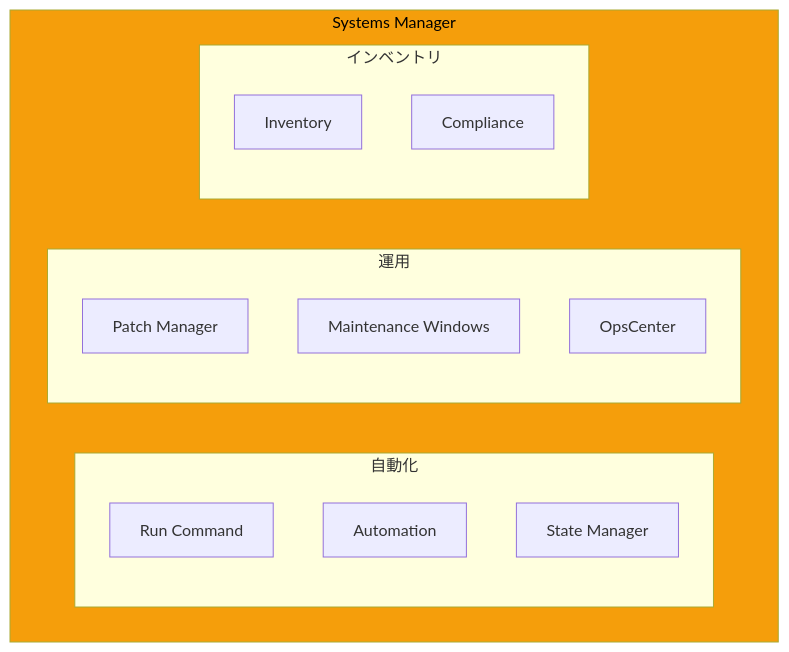
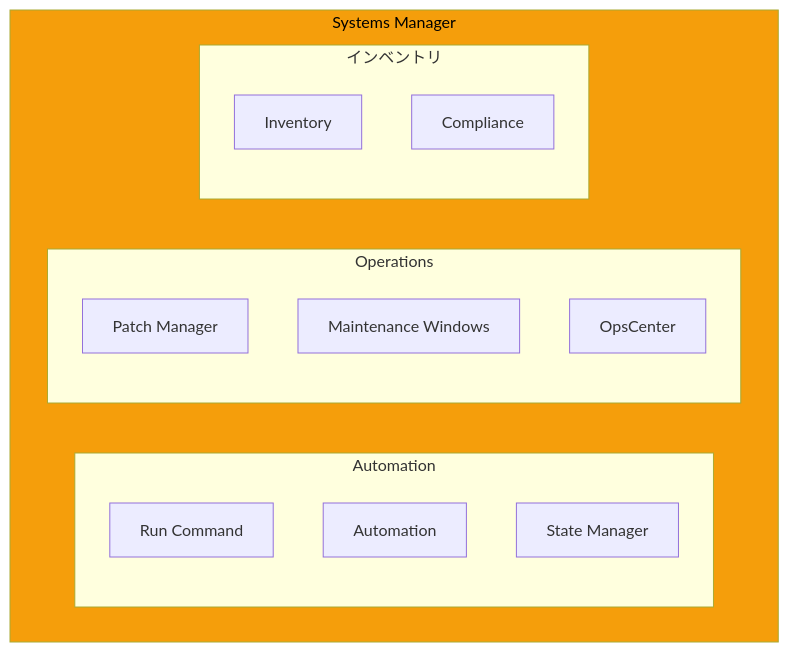
One commit to shunkus/shunku.net changed the seventh of 16 diagrams in content/blog/ja/aws-operational-excellence.md. Above: the diagram before and after it, drawn with Mermaid. The commit also changed other lines of this file and 56 other files, not shown here.

````diff
--- a/content/blog/ja/aws-operational-excellence.md
+++ b/content/blog/ja/aws-operational-excellence.md
@@ -226,23 +226,23 @@
 ```mermaid
 flowchart TB
     subgraph SSM["Systems Manager"]
-        subgraph Automation["自動化"]
+        subgraph Automation["Automation"]
             RunCommand["Run Command"]
             Automation2["Automation"]
             StateManager["State Manager"]
         end
 
-        subgraph Operations["運用"]
+        subgraph Operations["Operations"]
             PatchManager["Patch Manager"]
             Maintenance["Maintenance Windows"]
             OpsCenter["OpsCenter"]
         end
 
         subgraph Inventory["インベントリ"]
             InventoryCol["Inventory"]
             CompConfig["Compliance"]
         end
     end
 
     style SSM fill:#f59e0b,color:#000
 ```
````
